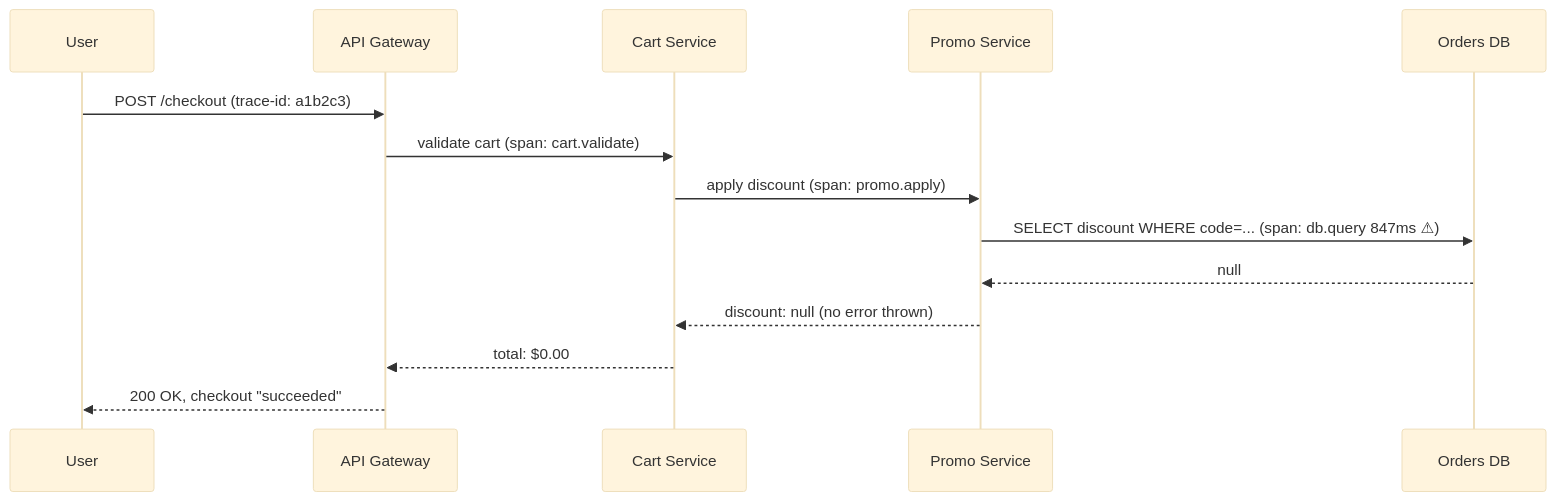
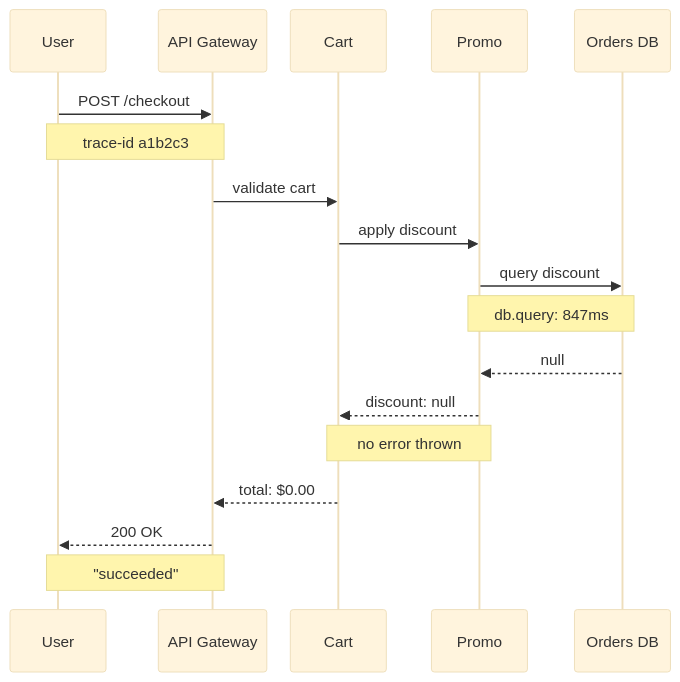
One commit to radra23/scryops-site changed the first of 2 diagrams in content/articles/distributed-tracing-dashboard-was-green.md. Above: the diagram before and after it, drawn with Mermaid (base theme). The commit also changed 49 other files, not shown here.

First line of the commit message:
fix(diagrams): fit the 18 live Mermaid diagrams that panned under the 12/14 floor

```diff
--- a/content/articles/distributed-tracing-dashboard-was-green.md
+++ b/content/articles/distributed-tracing-dashboard-was-green.md
@@ -30,17 +30,22 @@
 {{< mermaid >}}
+%%{init: {"sequence": {"width": 100, "actorMargin": 24}}}%%
 sequenceDiagram
     participant U as User
     participant API as API Gateway
-    participant Cart as Cart Service
-    participant Promo as Promo Service
+    participant Cart
+    participant Promo
     participant DB as Orders DB
 
-    U->>API: POST /checkout (trace-id: a1b2c3)
-    API->>Cart: validate cart (span: cart.validate)
-    Cart->>Promo: apply discount (span: promo.apply)
-    Promo->>DB: SELECT discount WHERE code=... (span: db.query 847ms ⚠)
+    U->>API: POST /checkout
+    Note over U,API: trace-id a1b2c3
+    API->>Cart: validate cart
+    Cart->>Promo: apply discount
+    Promo->>DB: query discount
+    Note over Promo,DB: db.query: 847ms
     DB-->>Promo: null
-    Promo-->>Cart: discount: null (no error thrown)
+    Promo-->>Cart: discount: null
+    Note over Cart,Promo: no error thrown
     Cart-->>API: total: $0.00
-    API-->>U: 200 OK, checkout "succeeded"
+    API-->>U: 200 OK
+    Note over U,API: "succeeded"
 {{< /mermaid >}}
```
